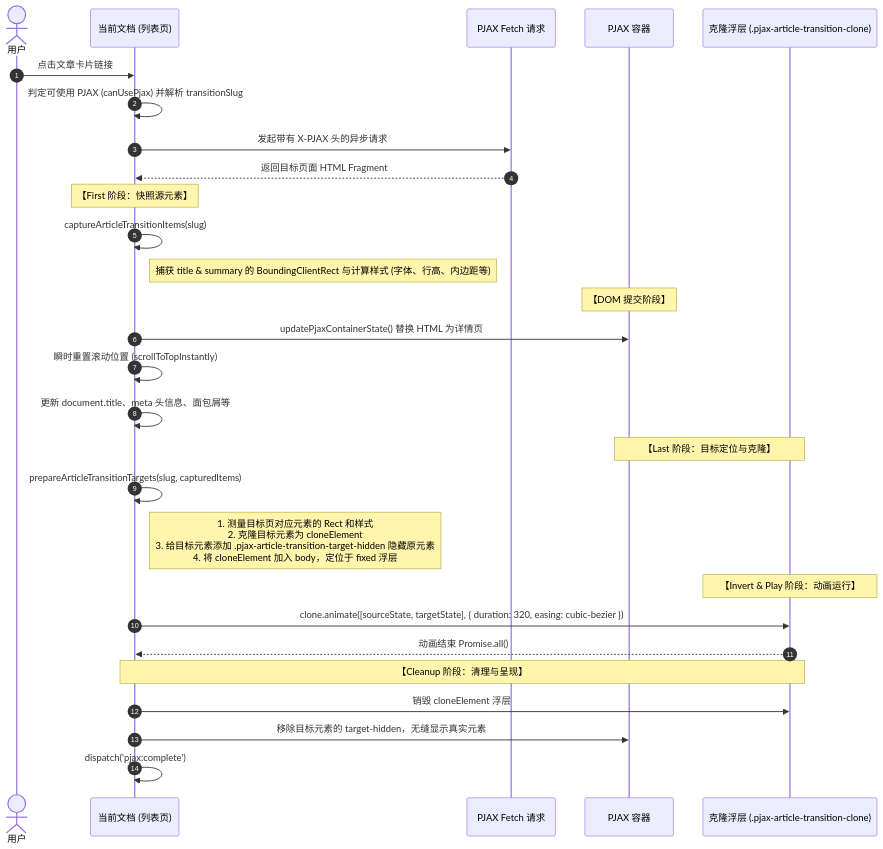
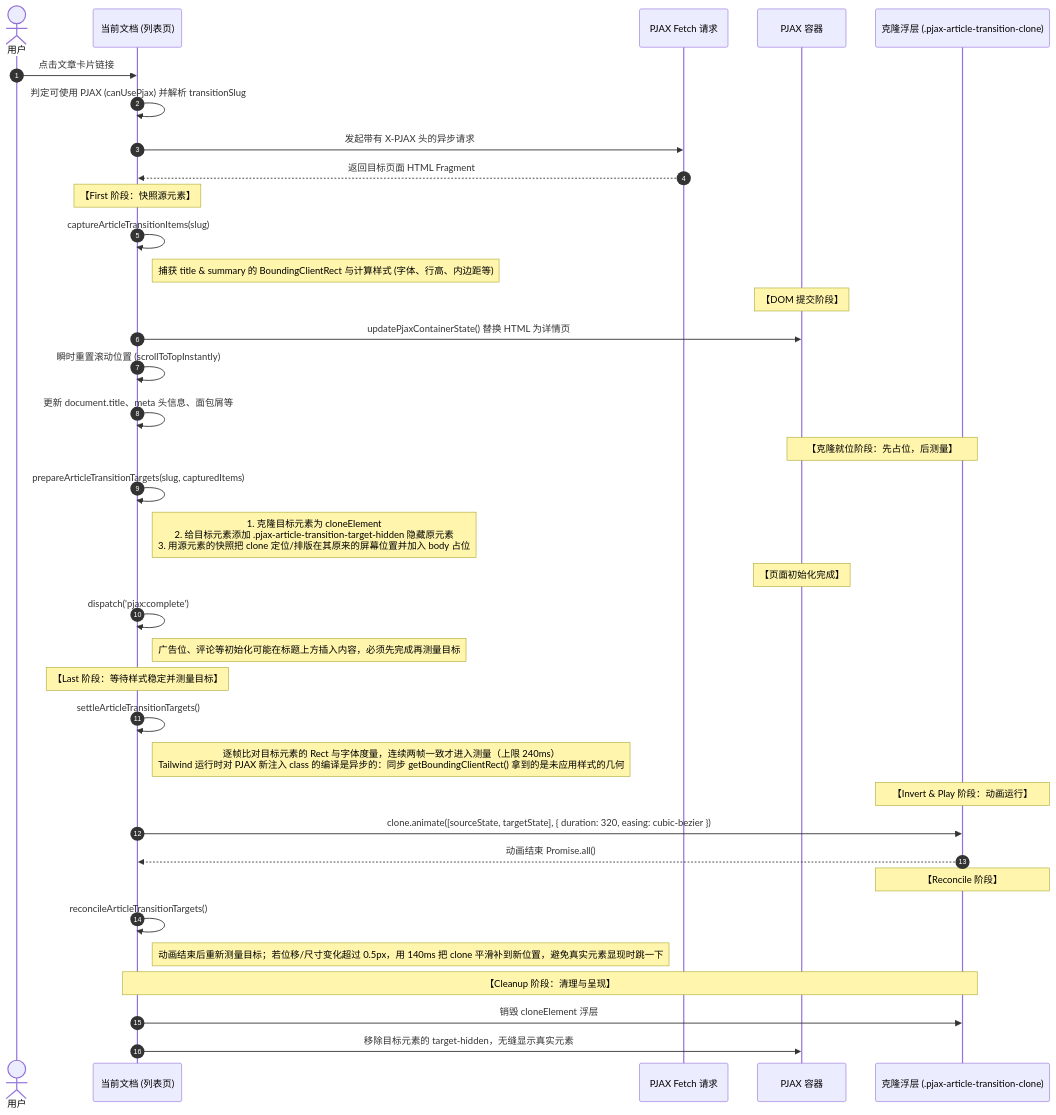
Before and after one commit to skyhhjmk/windblog_quarkus: the diagram in .agents/skills/windblog-pjax-article-transitions/SKILL.md, drawn with Mermaid. The commit also changed other lines of this file and 2 other files, not shown here.

Commit message:
fix(pjax): 修复首次进入/退出文章的共享元素动画错位
- Tailwind 运行时对 PJAX 新注入 class 的编译是异步的，同步测量会拿到未应用样式的几何，导致克隆落点错位
- 克隆先停在源元素位置，等待目标 rect 与字体度量连续两帧稳定后再测量并执行 FLIP
- 测量时扣除 #pjax-container 入场 translateY 位移，动画结束后对晚到布局做 140ms 平滑补位
- pjax:complete 提前到动画开始前，把广告位等标题上方内容纳入目标坐标
- 更新 main.js 资源版本号，并同步过渡动画机制文档

````diff
--- a/.agents/skills/windblog-pjax-article-transitions/SKILL.md
+++ b/.agents/skills/windblog-pjax-article-transitions/SKILL.md
@@ -54,36 +54,47 @@
 ```mermaid
 sequenceDiagram
     autonumber
     actor User as 用户
     participant Doc as 当前文档 (列表页)
     participant Fetch as PJAX Fetch 请求
     participant Pjax as PJAX 容器
     participant Clone as 克隆浮层 (.pjax-article-transition-clone)
 
     User->>Doc: 点击文章卡片链接
     Doc->>Doc: 判定可使用 PJAX (canUsePjax) 并解析 transitionSlug
     Doc->>Fetch: 发起带有 X-PJAX 头的异步请求
     Fetch-->>Doc: 返回目标页面 HTML Fragment
 
     Note over Doc: 【First 阶段：快照源元素】
     Doc->>Doc: captureArticleTransitionItems(slug)
     Note right of Doc: 捕获 title & summary 的 BoundingClientRect 与计算样式 (字体、行高、内边距等)
 
     Note over Pjax: 【DOM 提交阶段】
     Doc->>Pjax: updatePjaxContainerState() 替换 HTML 为详情页
     Doc->>Doc: 瞬时重置滚动位置 (scrollToTopInstantly)
     Doc->>Doc: 更新 document.title、meta 头信息、面包屑等
 
-    Note over Pjax,Clone: 【Last 阶段：目标定位与克隆】
+    Note over Pjax,Clone: 【克隆就位阶段：先占位，后测量】
     Doc->>Doc: prepareArticleTransitionTargets(slug, capturedItems)
-    Note right of Doc: 1. 测量目标页对应元素的 Rect 和样式<br/>2. 克隆目标元素为 cloneElement<br/>3. 给目标元素添加 .pjax-article-transition-target-hidden 隐藏原元素<br/>4. 将 cloneElement 加入 body，定位于 fixed 浮层
+    Note right of Doc: 1. 克隆目标元素为 cloneElement<br/>2. 给目标元素添加 .pjax-article-transition-target-hidden 隐藏原元素<br/>3. 用源元素的快照把 clone 定位/排版在其原来的屏幕位置并加入 body 占位
+
+    Note over Pjax: 【页面初始化完成】
+    Doc->>Doc: dispatch('pjax:complete')
+    Note right of Doc: 广告位、评论等初始化可能在标题上方插入内容，必须先完成再测量目标
+
+    Note over Doc: 【Last 阶段：等待样式稳定并测量目标】
+    Doc->>Doc: settleArticleTransitionTargets()
+    Note right of Doc: 逐帧比对目标元素的 Rect 与字体度量，连续两帧一致才进入测量（上限 240ms）<br/>Tailwind 运行时对 PJAX 新注入 class 的编译是异步的：同步 getBoundingClientRect() 拿到的是未应用样式的几何
 
     Note over Clone: 【Invert & Play 阶段：动画运行】
     Doc->>Clone: clone.animate([sourceState, targetState], { duration: 320, easing: cubic-bezier })
     Clone-->>Doc: 动画结束 Promise.all()
 
+    Note over Clone: 【Reconcile 阶段】
+    Doc->>Doc: reconcileArticleTransitionTargets()
+    Note right of Doc: 动画结束后重新测量目标；若位移/尺寸变化超过 0.5px，用 140ms 把 clone 平滑补到新位置，避免真实元素显现时跳一下
+
     Note over Doc,Clone: 【Cleanup 阶段：清理与呈现】
     Doc->>Clone: 销毁 cloneElement 浮层
     Doc->>Pjax: 移除目标元素的 target-hidden，无缝显示真实元素
-    Doc->>Doc: dispatch('pjax:complete')
 ```
````
